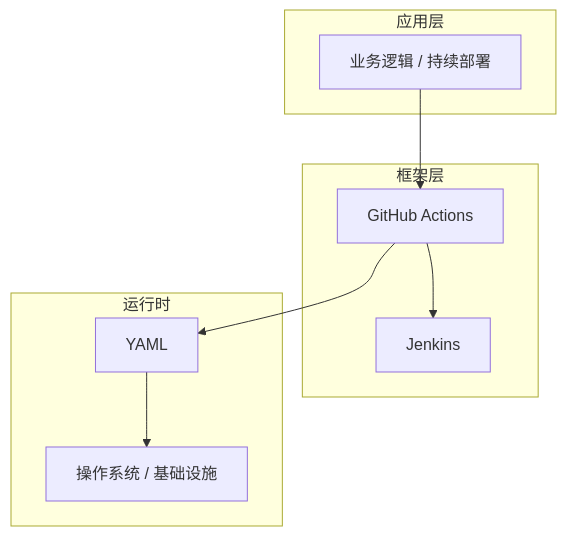
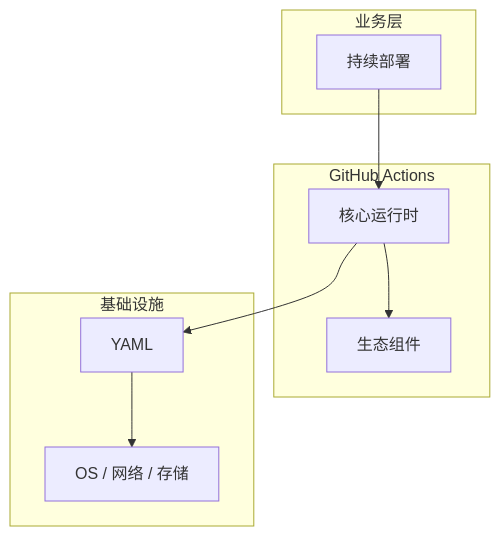
The diagram in articles/CI与CD/chapters/019-持续部署核心概念与原理.md (yanggan2015/knowledge-json-v2), drawn with Mermaid before and after one commit. The commit also changed other lines of this file and 10127 other files, not shown here.

````diff
--- a/articles/CI与CD/chapters/019-持续部署核心概念与原理.md
+++ b/articles/CI与CD/chapters/019-持续部署核心概念与原理.md
@@ -45,18 +34,18 @@
 ```mermaid
 graph TB
-    subgraph 应用层
-        A[业务逻辑 / 持续部署]
+    subgraph 业务层
+        A[持续部署]
     end
-    subgraph 框架层
-        B[GitHub Actions]
-        C[Jenkins]
+    subgraph GitHub Actions
+        B[核心运行时]
+        C[生态组件]
     end
-    subgraph 运行时
+    subgraph 基础设施
         D[YAML]
-        E[操作系统 / 基础设施]
+        E[OS / 网络 / 存储]
     end
     A --> B
     B --> C
     B --> D
     D --> E
 ```
````
